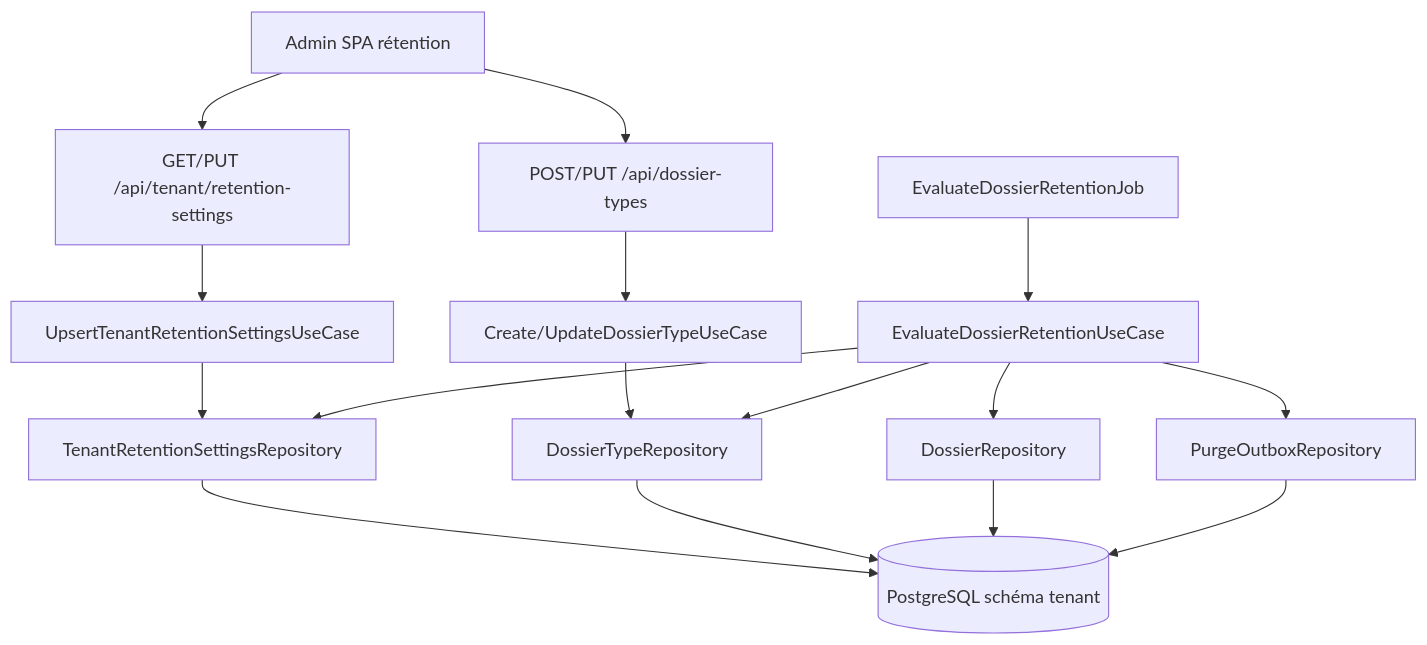
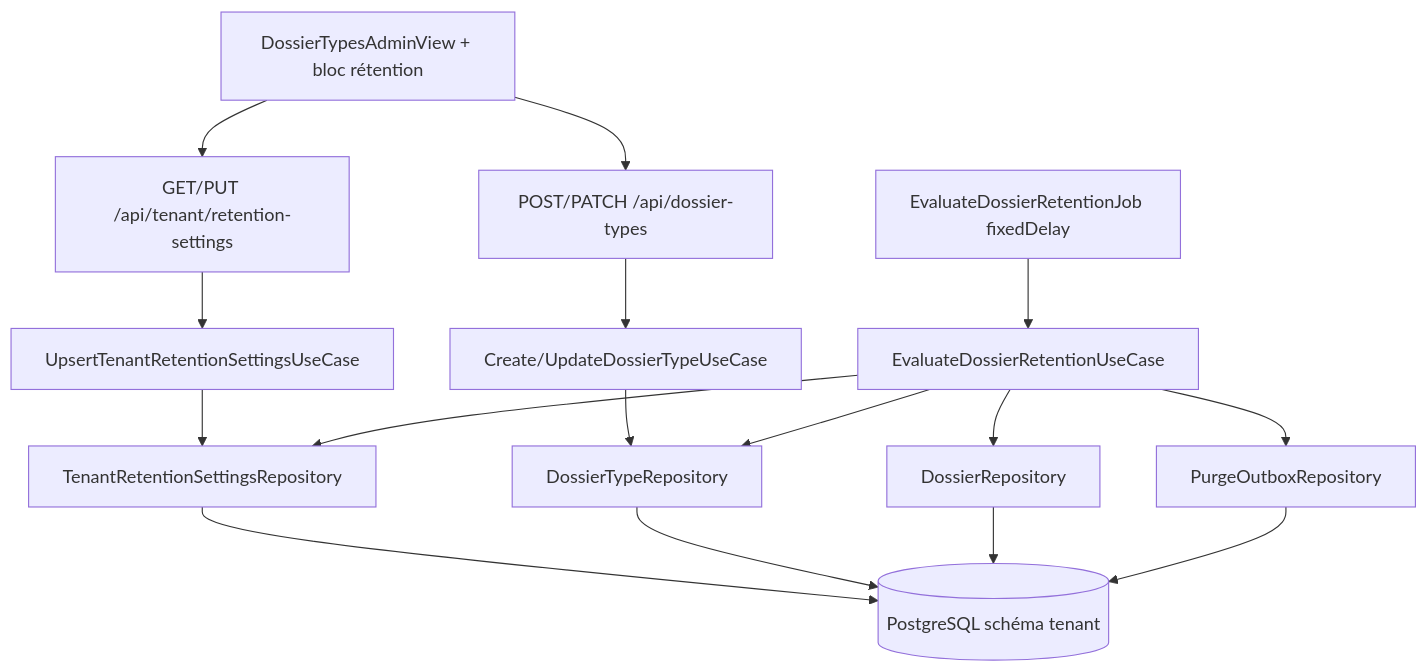
One commit to superjojo79/Myrmacta changed the diagram in docs/ai/design/2026-08-19-feature-retention-dossier-type.md. Above: the diagram before and after it, drawn with Mermaid. The commit also changed other lines of this file and 1 other file, not shown here.

First line of the commit message:
docs(retention-dossier-type): Phase 3 design review

````diff
--- a/docs/ai/design/2026-08-19-feature-retention-dossier-type.md
+++ b/docs/ai/design/2026-08-19-feature-retention-dossier-type.md
@@ -19,18 +20,18 @@
 ```mermaid
 graph TD
-  AdminUI[Admin SPA rétention] --> TenantAPI["GET/PUT /api/tenant/retention-settings"]
-  AdminUI --> TypeAPI["POST/PUT /api/dossier-types"]
+  AdminUI[DossierTypesAdminView + bloc rétention] --> TenantAPI["GET/PUT /api/tenant/retention-settings"]
+  AdminUI --> TypeAPI["POST/PATCH /api/dossier-types"]
   TenantAPI --> UpsertSettings[UpsertTenantRetentionSettingsUseCase]
   TypeAPI --> CreateUpdateType[Create/UpdateDossierTypeUseCase]
   UpsertSettings --> SettingsRepo[TenantRetentionSettingsRepository]
   CreateUpdateType --> TypeRepo[DossierTypeRepository]
-  Job[EvaluateDossierRetentionJob] --> EvalUC[EvaluateDossierRetentionUseCase]
+  Job["EvaluateDossierRetentionJob fixedDelay"] --> EvalUC[EvaluateDossierRetentionUseCase]
   EvalUC --> DossierRepo[DossierRepository]
   EvalUC --> TypeRepo
   EvalUC --> SettingsRepo
   EvalUC --> PurgeOutbox[PurgeOutboxRepository]
   SettingsRepo --> PG[(PostgreSQL schéma tenant)]
   TypeRepo --> PG
   DossierRepo --> PG
   PurgeOutbox --> PG
 ```
````
